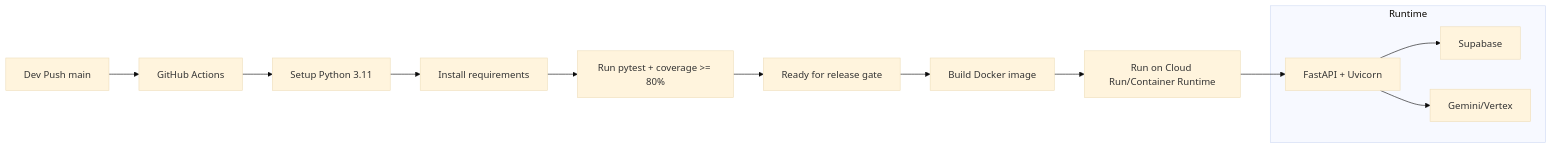
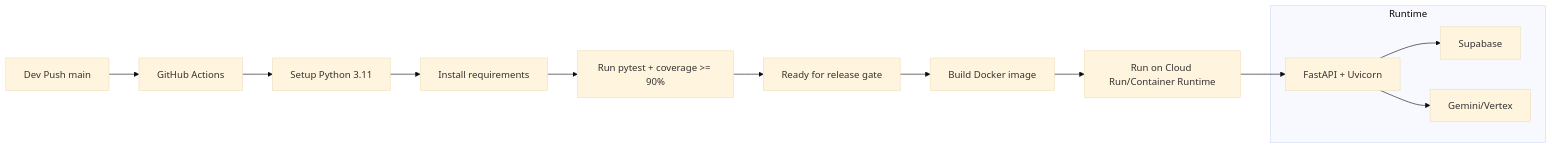
Before and after one commit to noleAI/growmate-backend: the fifth of 5 diagrams in SYSTEM_DESIGN.md, drawn with Mermaid (base theme).

````diff
--- a/SYSTEM_DESIGN.md
+++ b/SYSTEM_DESIGN.md
@@ -325,21 +325,21 @@
 ```mermaid
 flowchart LR
     D1[Dev Push main] --> C1[GitHub Actions]
     C1 --> C2[Setup Python 3.11]
     C2 --> C3[Install requirements]
-    C3 --> C4[Run pytest + coverage >= 80%]
+    C3 --> C4[Run pytest + coverage >= 90%]
 
     C4 --> R1[Ready for release gate]
     R1 --> D2[Build Docker image]
     D2 --> D3[Run on Cloud Run/Container Runtime]
 
     subgraph Runtime
       R2[FastAPI + Uvicorn]
       R3[Supabase]
       R4[Gemini/Vertex]
     end
 
     D3 --> R2
     R2 --> R3
     R2 --> R4
 ```
````
